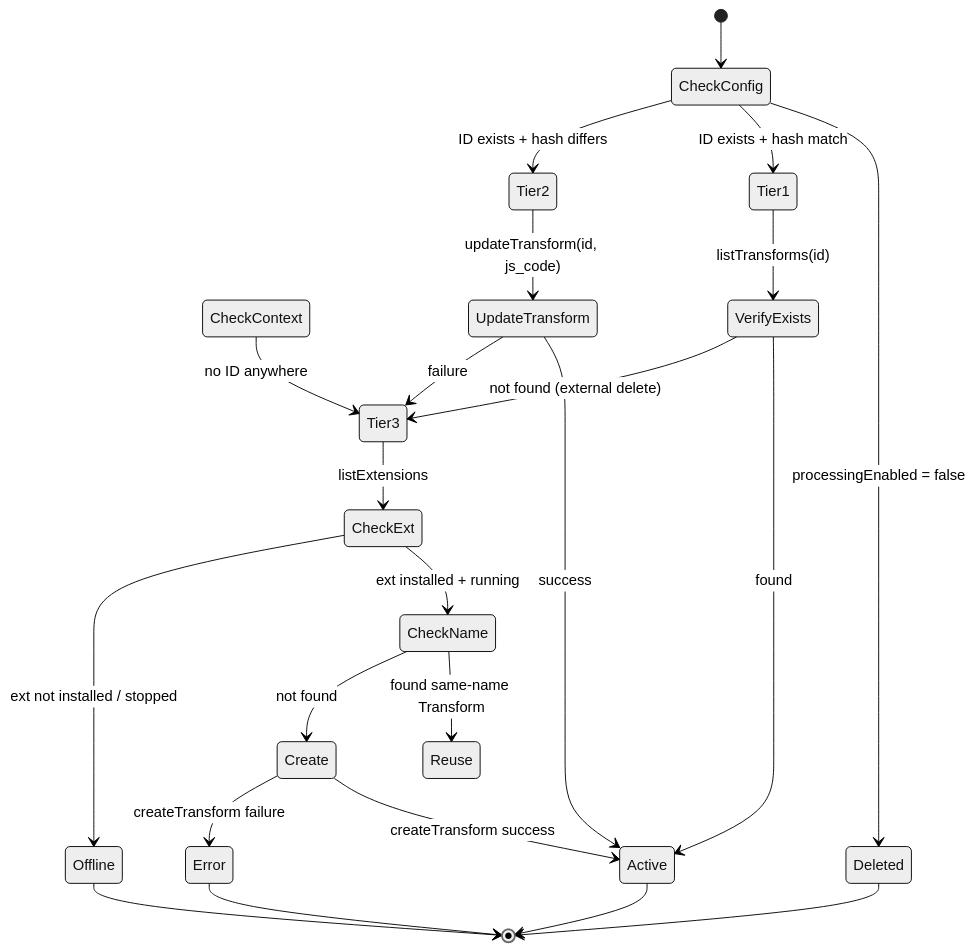
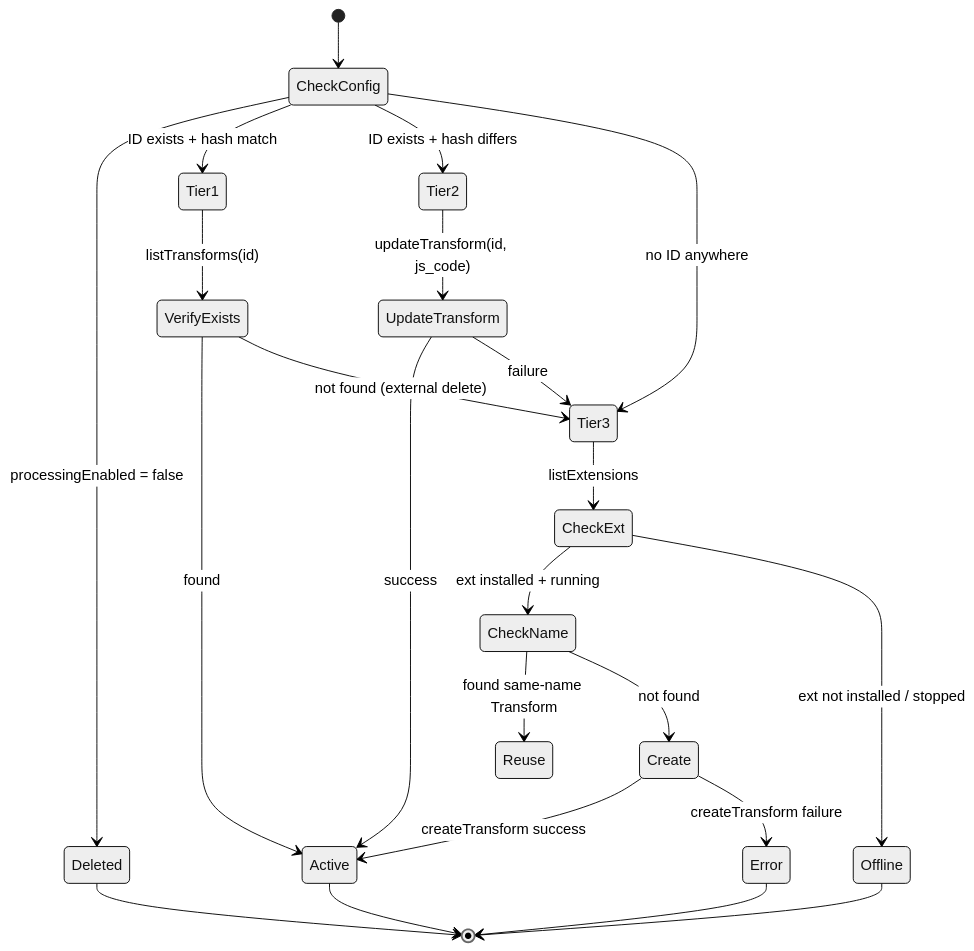
The third of 3 diagrams in docs/0-neomind/developer-guide/case-studies/7-ne101-camera-component/5-frontend-consume.md (luommy/wiki-documents), drawn with Mermaid (neutral theme) before and after one commit. The commit also changed 10 other files, not shown here.

````diff
--- a/docs/0-neomind/developer-guide/case-studies/7-ne101-camera-component/5-frontend-consume.md
+++ b/docs/0-neomind/developer-guide/case-studies/7-ne101-camera-component/5-frontend-consume.md
@@ -447,29 +447,29 @@
 ```mermaid
 stateDiagram-v2
     [*] --> CheckConfig
     CheckConfig --> Deleted: processingEnabled = false
     CheckConfig --> Tier1: ID exists + hash match
     CheckConfig --> Tier2: ID exists + hash differs
-    CheckContext --> Tier3: no ID anywhere
+    CheckConfig --> Tier3: no ID anywhere
 
     Tier1 --> VerifyExists: listTransforms(id)
     VerifyExists --> Active: found
     VerifyExists --> Tier3: not found (external delete)
 
     Tier2 --> UpdateTransform: updateTransform(id, js_code)
     UpdateTransform --> Active: success
     UpdateTransform --> Tier3: failure
 
     Tier3 --> CheckExt: listExtensions
     CheckExt --> CheckName: ext installed + running
     CheckExt --> Offline: ext not installed / stopped
     CheckName --> Reuse: found same-name Transform
     CheckName --> Create: not found
     Create --> Active: createTransform success
     Create --> Error: createTransform failure
 
     Deleted --> [*]
     Active --> [*]
     Offline --> [*]
     Error --> [*]
 ```
````
